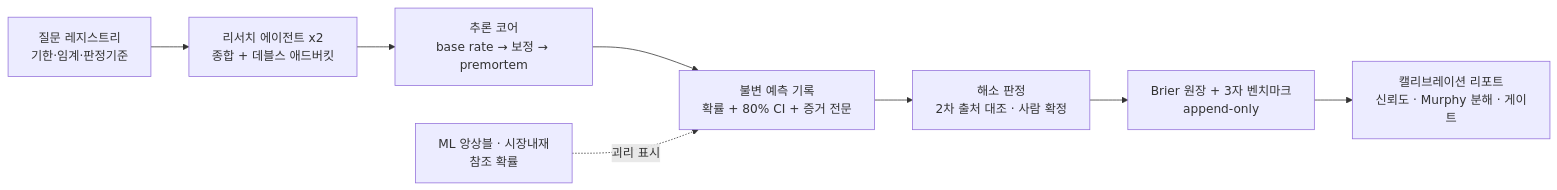
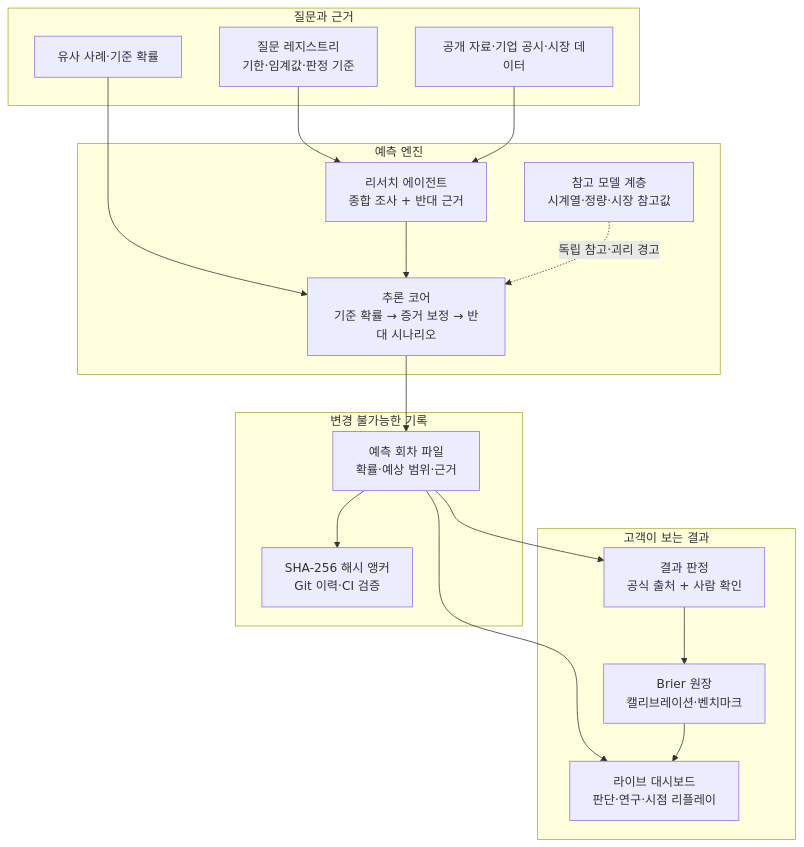
Before and after one commit to Sung-JinPark/Jin-s-investing-prediction: the second of 3 diagrams in README.md, drawn with Mermaid. The commit also changed other lines of this file, not shown here.

````diff
--- a/README.md
+++ b/README.md
@@ -29,10 +105,37 @@
 ```mermaid
-flowchart LR
-    Q[질문 레지스트리<br/>기한·임계·판정기준] --> R[리서치 에이전트 x2<br/>종합 + 데블스 애드버킷]
-    R --> C[추론 코어<br/>base rate → 보정 → premortem]
-    C --> F[불변 예측 기록<br/>확률 + 80% CI + 증거 전문]
-    M[ML 앙상블 · 시장내재<br/>참조 확률] -.괴리 표시.-> F
-    F --> V[해소 판정<br/>2차 출처 대조 · 사람 확정]
-    V --> L[Brier 원장 + 3자 벤치마크<br/>append-only]
-    L --> G[캘리브레이션 리포트<br/>신뢰도 · Murphy 분해 · 게이트]
+flowchart TB
+    subgraph INPUT["질문과 근거"]
+        Q["질문 레지스트리<br/>기한·임계값·판정 기준"]
+        S["공개 자료·기업 공시·시장 데이터"]
+        B["유사 사례·기준 확률"]
+    end
+
+    subgraph FORECAST["예측 엔진"]
+        R["리서치 에이전트<br/>종합 조사 + 반대 근거"]
+        C["추론 코어<br/>기준 확률 → 증거 보정 → 반대 시나리오"]
+        REF["참고 모델 계층<br/>시계열·정량·시장 참고값"]
+    end
+
+    subgraph RECORD["변경 불가능한 기록"]
+        F["예측 회차 파일<br/>확률·예상 범위·근거"]
+        H["SHA-256 해시 앵커<br/>Git 이력·CI 검증"]
+    end
+
+    subgraph OUTPUT["고객이 보는 결과"]
+        W["라이브 대시보드<br/>판단·연구·시점 리플레이"]
+        V["결과 판정<br/>공식 출처 + 사람 확인"]
+        L["Brier 원장<br/>캘리브레이션·벤치마크"]
+    end
+
+    Q --> R
+    S --> R
+    B --> C
+    R --> C
+    REF -.->|"독립 참고·괴리 경고"| C
+    C --> F
+    F --> H
+    F --> W
+    F --> V
+    V --> L
+    L --> W
 ```
````
